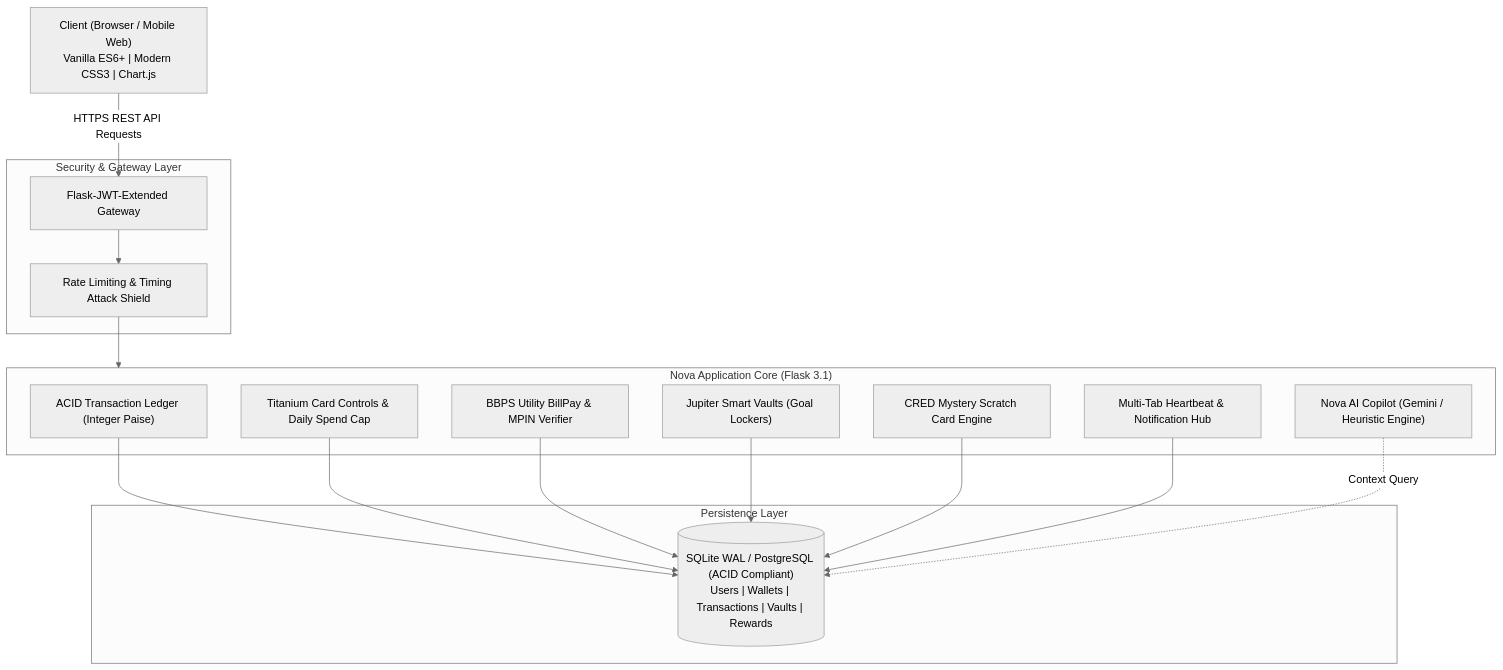
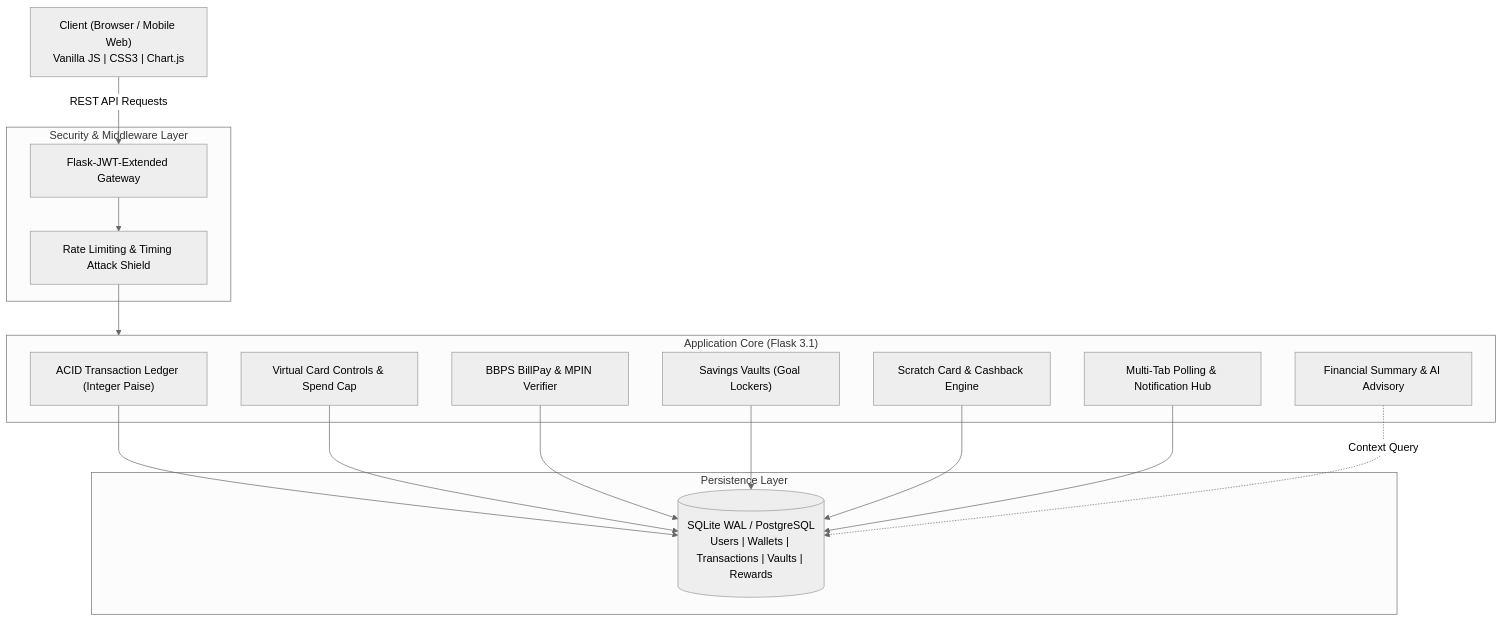
One commit to PriyanshuChauhan-007/NovaWallet changed the diagram in README.md. Above: the diagram before and after it, drawn with Mermaid (neutral theme). The commit also changed other lines of this file, not shown here.

Commit message:
docs: clean up README formatting, remove icon clutter and buzzwords while keeping architecture diagram

````diff
--- a/README.md
+++ b/README.md
@@ -99,35 +102,35 @@
 ```mermaid
 graph TD
-    Client["Client (Browser / Mobile Web)\nVanilla ES6+ | Modern CSS3 | Chart.js"]
+    Client["Client (Browser / Mobile Web)\nVanilla JS | CSS3 | Chart.js"]
     
-    subgraph SecurityGateway ["Security & Gateway Layer"]
+    subgraph SecurityGateway ["Security & Middleware Layer"]
         JWT["Flask-JWT-Extended Gateway"]
         RateLimit["Rate Limiting & Timing Attack Shield"]
     end
     
-    subgraph CoreApplication ["Nova Application Core (Flask 3.1)"]
+    subgraph CoreApplication ["Application Core (Flask 3.1)"]
         LedgerEngine["ACID Transaction Ledger (Integer Paise)"]
-        CardEngine["Titanium Card Controls & Daily Spend Cap"]
-        BBPSEngine["BBPS Utility BillPay & MPIN Verifier"]
-        VaultEngine["Jupiter Smart Vaults (Goal Lockers)"]
-        RewardEngine["CRED Mystery Scratch Card Engine"]
-        SyncEngine["Multi-Tab Heartbeat & Notification Hub"]
-        AIEngine["Nova AI Copilot (Gemini / Heuristic Engine)"]
+        CardEngine["Virtual Card Controls & Spend Cap"]
+        BBPSEngine["BBPS BillPay & MPIN Verifier"]
+        VaultEngine["Savings Vaults (Goal Lockers)"]
+        RewardEngine["Scratch Card & Cashback Engine"]
+        SyncEngine["Multi-Tab Polling & Notification Hub"]
+        AIEngine["Financial Summary & AI Advisory"]
     end
     
     subgraph DataStorage ["Persistence Layer"]
-        DB[("SQLite WAL / PostgreSQL (ACID Compliant)\nUsers | Wallets | Transactions | Vaults | Rewards")]
+        DB[("SQLite WAL / PostgreSQL\nUsers | Wallets | Transactions | Vaults | Rewards")]
     end
     
-    Client -->|HTTPS REST API Requests| JWT
+    Client -->|REST API Requests| JWT
     JWT --> RateLimit
     RateLimit --> CoreApplication
     
     LedgerEngine --> DB
     CardEngine --> DB
     BBPSEngine --> DB
     VaultEngine --> DB
     RewardEngine --> DB
     SyncEngine --> DB
     AIEngine -.->|Context Query| DB
 ```
````
